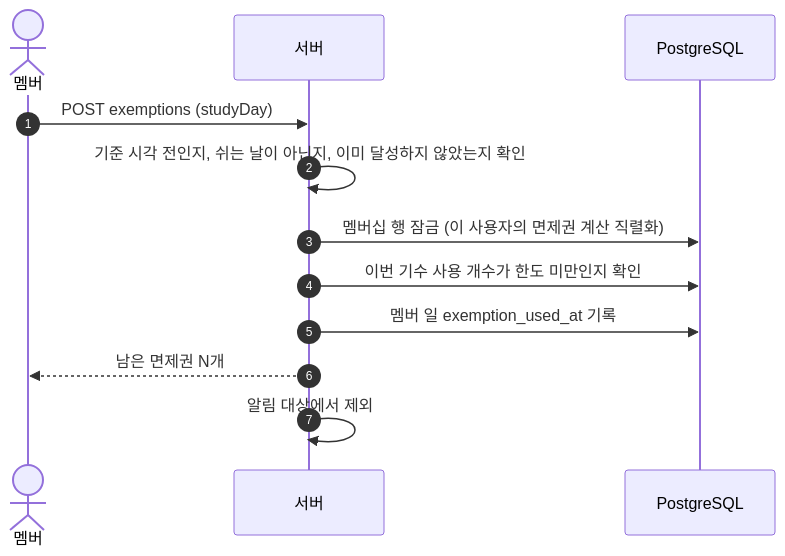
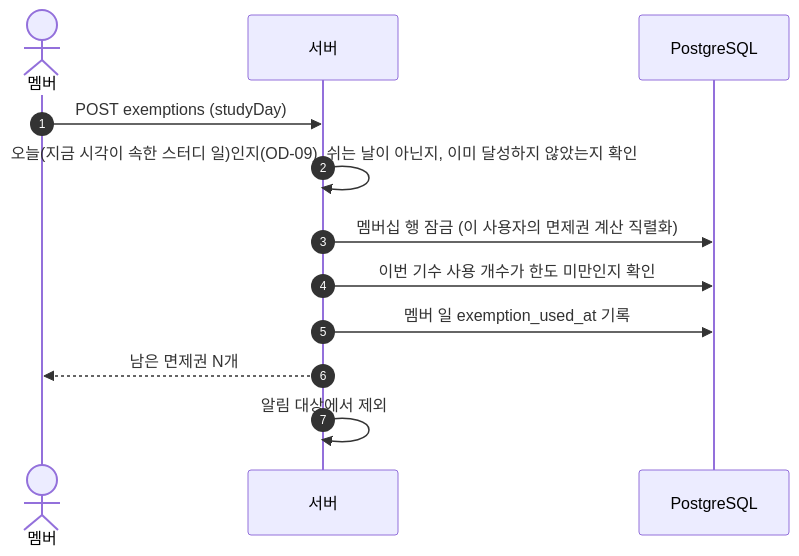
The diagram in docs/spec/processes/5.07-exemption.md (Duskafka/codingtest-harness), drawn with Mermaid before and after one commit. The commit also changed 5 other files, not shown here.

````diff
--- a/docs/spec/processes/5.07-exemption.md
+++ b/docs/spec/processes/5.07-exemption.md
@@ -5,14 +5,14 @@
 ```mermaid
 sequenceDiagram
     autonumber
     actor M as 멤버
     participant S as 서버
     participant DB as PostgreSQL
     M ->> S: POST exemptions (studyDay)
-    S ->> S: 기준 시각 전인지, 쉬는 날이 아닌지, 이미 달성하지 않았는지 확인
+    S ->> S: 오늘(지금 시각이 속한 스터디 일)인지(OD-09), 쉬는 날이 아닌지, 이미 달성하지 않았는지 확인
     S ->> DB: 멤버십 행 잠금 (이 사용자의 면제권 계산 직렬화)
     S ->> DB: 이번 기수 사용 개수가 한도 미만인지 확인
     S ->> DB: 멤버 일 exemption_used_at 기록
     S -->> M: 남은 면제권 N개
     S ->> S: 알림 대상에서 제외
 ```
````
